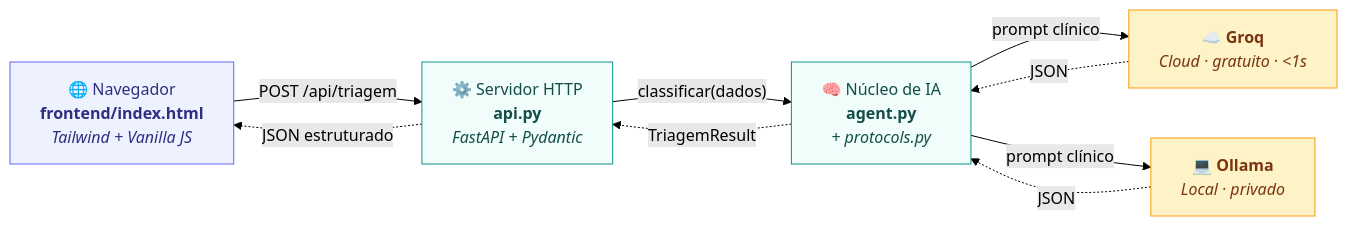
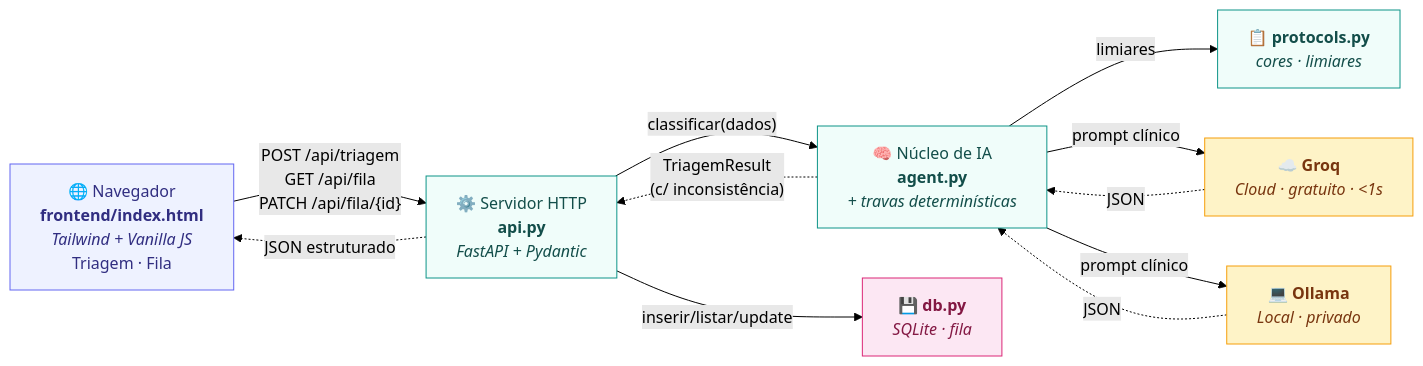
The diagram in README.md (Gabryel-w/manchester-ai), drawn with Mermaid (forest theme) before and after one commit. The commit also changed other lines of this file and 9 other files, not shown here.

Commit message:
feat: travas determinísticas, fila viva e golden set de avaliação

````diff
--- a/README.md
+++ b/README.md
@@ -41,24 +54,30 @@
 ```mermaid
 flowchart LR
-    Browser["🌐 Navegador<br/><b>frontend/index.html</b><br/><i>Tailwind + Vanilla JS</i>"]
+    Browser["🌐 Navegador<br/><b>frontend/index.html</b><br/><i>Tailwind + Vanilla JS</i><br/>Triagem · Fila"]
     API["⚙️ Servidor HTTP<br/><b>api.py</b><br/><i>FastAPI + Pydantic</i>"]
-    Agent["🧠 Núcleo de IA<br/><b>agent.py</b><br/><i>+ protocols.py</i>"]
+    Agent["🧠 Núcleo de IA<br/><b>agent.py</b><br/><i>+ travas determinísticas</i>"]
+    Protocols["📋 <b>protocols.py</b><br/><i>cores · limiares</i>"]
+    DB["💾 <b>db.py</b><br/><i>SQLite · fila</i>"]
     Groq["☁️ <b>Groq</b><br/><i>Cloud · gratuito · &lt;1s</i>"]
     Ollama["💻 <b>Ollama</b><br/><i>Local · privado</i>"]
 
-    Browser -- "POST /api/triagem" --> API
+    Browser -- "POST /api/triagem<br/>GET /api/fila<br/>PATCH /api/fila/{id}" --> API
     API -- "classificar(dados)" --> Agent
+    API -- "inserir/listar/update" --> DB
+    Agent -- "limiares" --> Protocols
     Agent -- "prompt clínico" --> Groq
     Agent -- "prompt clínico" --> Ollama
     Groq -. "JSON" .-> Agent
     Ollama -. "JSON" .-> Agent
-    Agent -. "TriagemResult" .-> API
+    Agent -. "TriagemResult<br/>(c/ inconsistência)" .-> API
     API -. "JSON estruturado" .-> Browser
 
     classDef cliente fill:#eef2ff,stroke:#6366f1,color:#312e81
     classDef servidor fill:#f0fdfa,stroke:#0d9488,color:#134e4a
+    classDef storage fill:#fce7f3,stroke:#db2777,color:#831843
     classDef llm fill:#fef3c7,stroke:#f59e0b,color:#78350f
     class Browser cliente
-    class API,Agent servidor
+    class API,Agent,Protocols servidor
+    class DB storage
     class Groq,Ollama llm
 ```
````
